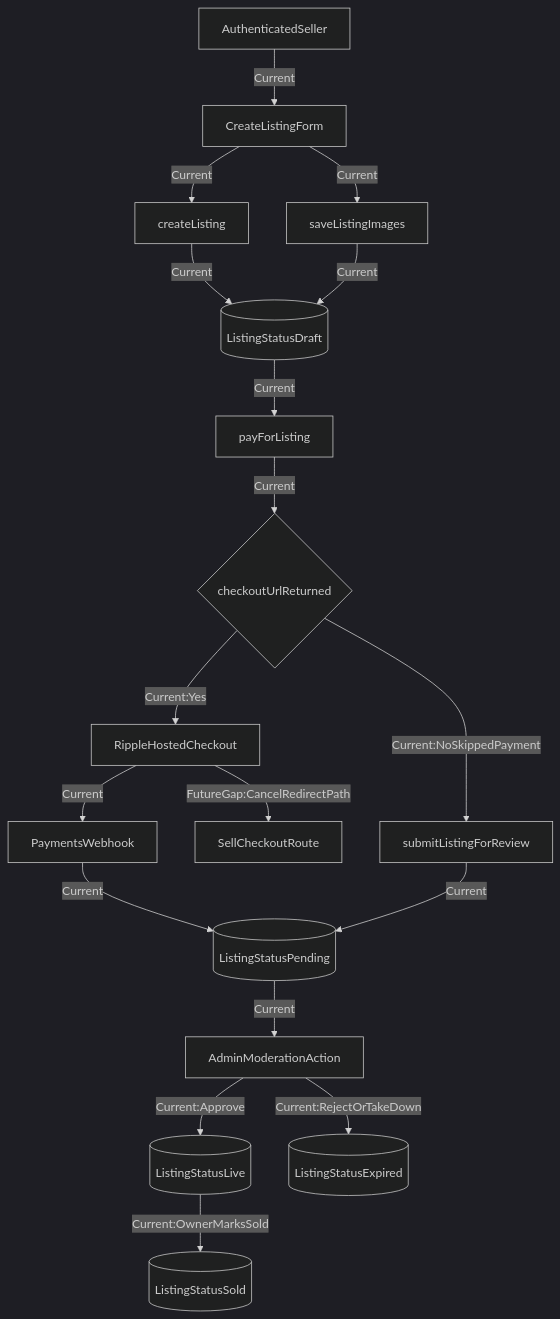
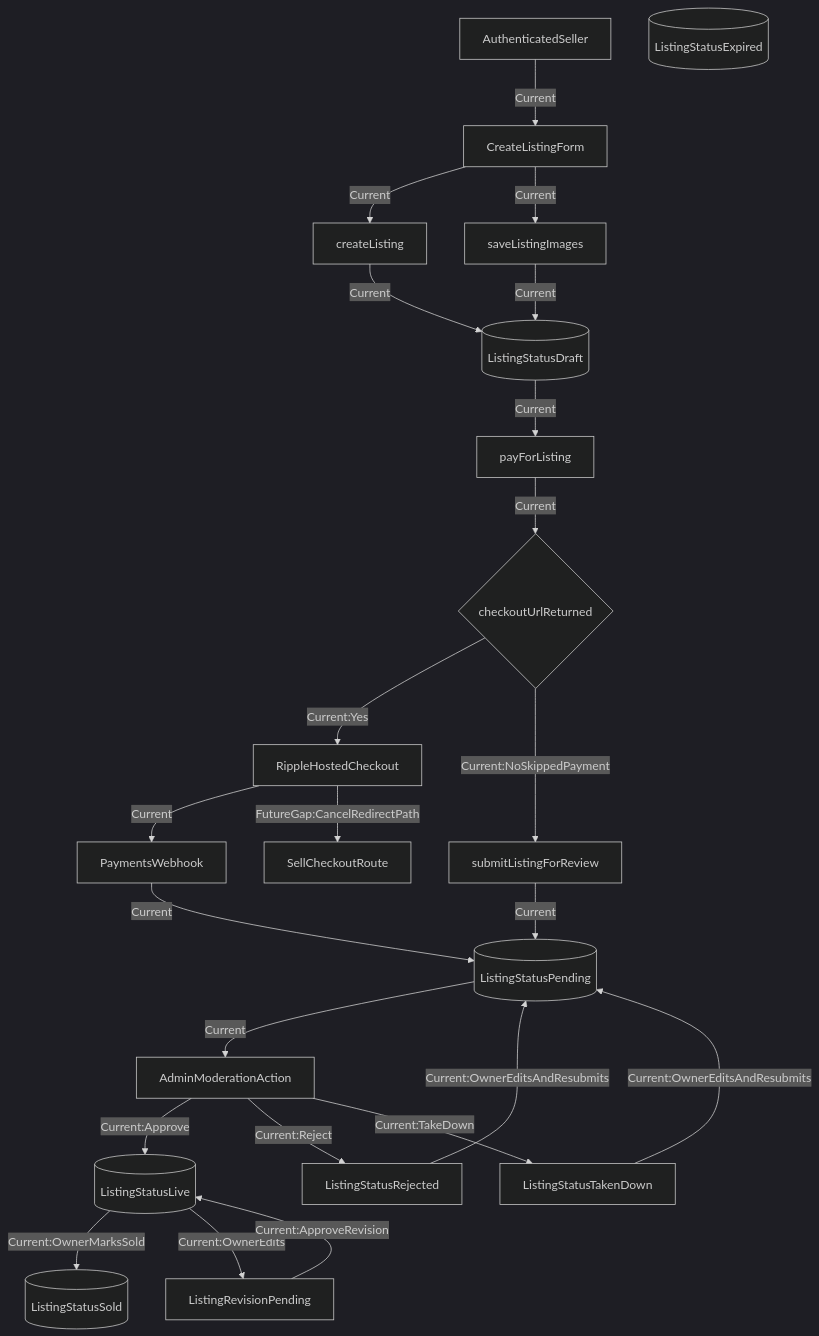
The diagram in docs/client-flow-listing-lifecycle.mmd (mattduff36/iommarket), drawn with Mermaid (dark theme) before and after one commit. The commit also changed 115 other files, not shown here.

```diff
--- a/docs/client-flow-listing-lifecycle.mmd
+++ b/docs/client-flow-listing-lifecycle.mmd
@@ -1,35 +1,40 @@
 flowchart TD
   Seller[AuthenticatedSeller]
   Form[CreateListingForm]
   CreateAction[createListing]
   Draft[(ListingStatusDraft)]
   UploadImages[saveListingImages]
   PayAction[payForListing]
   Checkout{checkoutUrlReturned}
   RippleCheckout[RippleHostedCheckout]
   PaymentsWebhook[PaymentsWebhook]
   Pending[(ListingStatusPending)]
   ReviewAction[submitListingForReview]
   AdminReview[AdminModerationAction]
   Live[(ListingStatusLive)]
   Sold[(ListingStatusSold)]
   Expired[(ListingStatusExpired)]
 
   Seller -->|"Current"| Form
   Form -->|"Current"| CreateAction
   CreateAction -->|"Current"| Draft
   Form -->|"Current"| UploadImages
   UploadImages -->|"Current"| Draft
   Draft -->|"Current"| PayAction
   PayAction -->|"Current"| Checkout
   Checkout -->|"Current:Yes"| RippleCheckout
   RippleCheckout -->|"Current"| PaymentsWebhook
   PaymentsWebhook -->|"Current"| Pending
   Checkout -->|"Current:NoSkippedPayment"| ReviewAction
   ReviewAction -->|"Current"| Pending
   Pending -->|"Current"| AdminReview
   AdminReview -->|"Current:Approve"| Live
-  AdminReview -->|"Current:RejectOrTakeDown"| Expired
+  AdminReview -->|"Current:Reject"| Rejected[ListingStatusRejected]
+  AdminReview -->|"Current:TakeDown"| TakenDown[ListingStatusTakenDown]
   Live -->|"Current:OwnerMarksSold"| Sold
+  Live -->|"Current:OwnerEdits"| RevisionPending[ListingRevisionPending]
+  RevisionPending -->|"Current:ApproveRevision"| Live
+  TakenDown -->|"Current:OwnerEditsAndResubmits"| Pending
+  Rejected -->|"Current:OwnerEditsAndResubmits"| Pending
 
   RippleCheckout -->|"FutureGap:CancelRedirectPath"| SellCheckoutRoute
```
